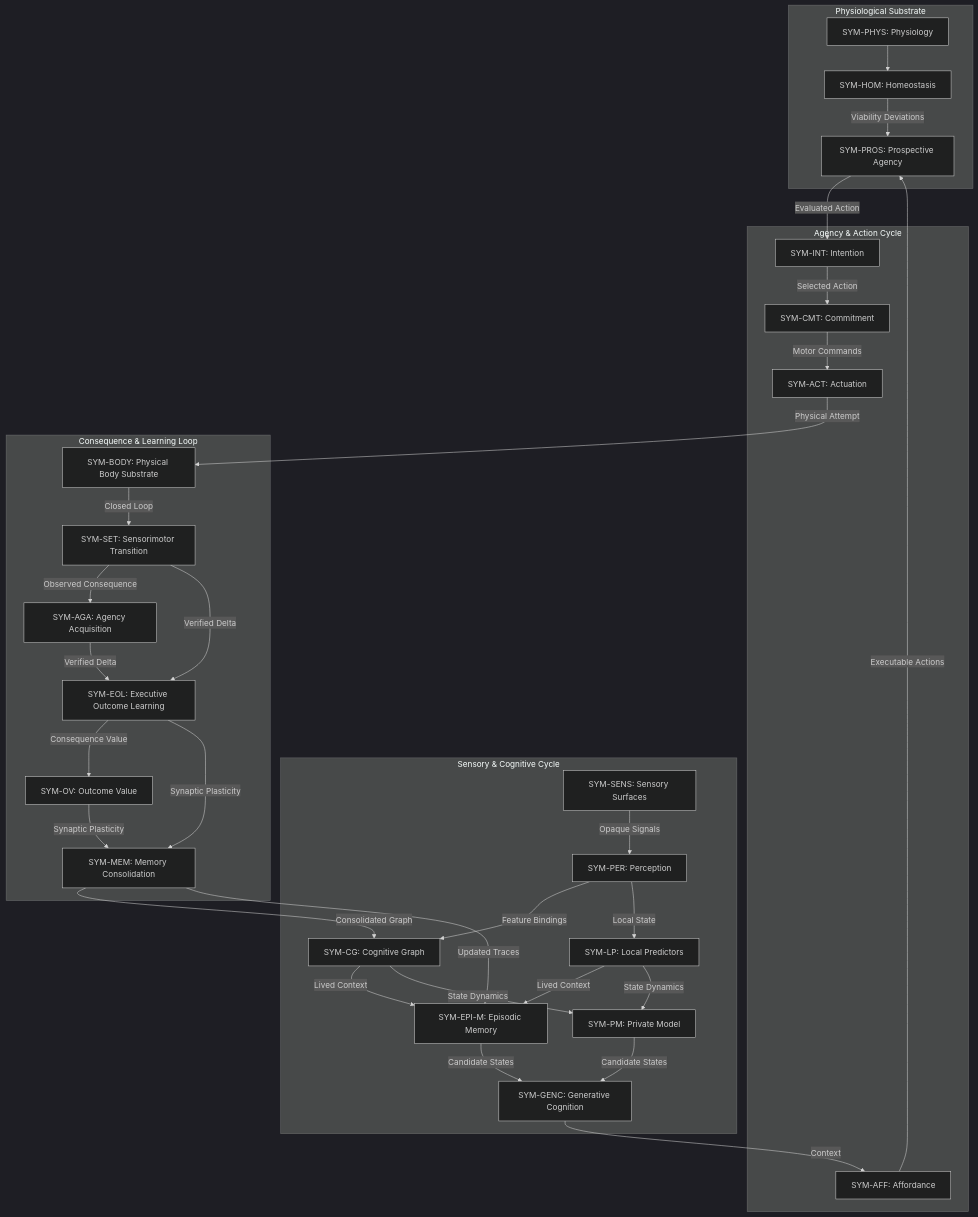
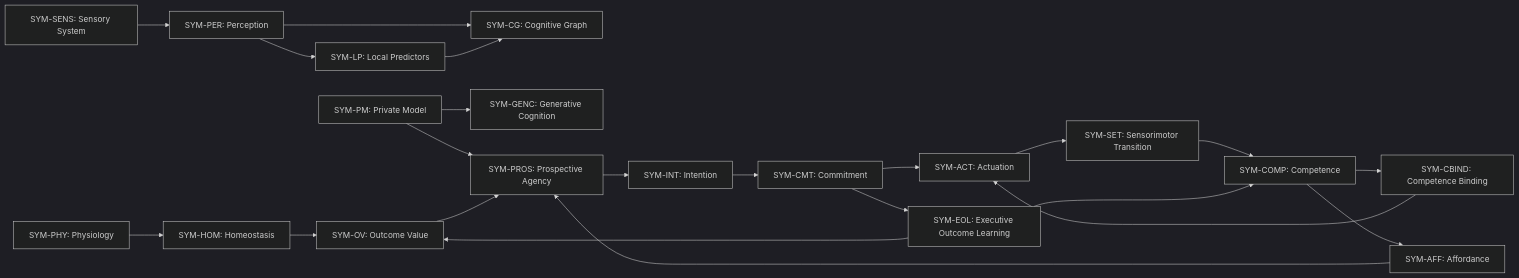
The diagram in symbiont/docs/executive/overview.md (biopeia/observation), drawn with Mermaid (dark theme) before and after one commit. The commit also changed other lines of this file and 4 other files, not shown here.

First line of the commit message:
docs: recover P8.1-A integrity and Mermaid publication

````diff
--- a/symbiont/docs/executive/overview.md
+++ b/symbiont/docs/executive/overview.md
@@ -41,35 +41,28 @@
 ```mermaid
-flowchart TD
-    subgraph Regulatory ["Physiological Substrate"]
-        PHYS["SYM-PHYS: Physiology"] --> HOM["SYM-HOM: Homeostasis"]
-        HOM -->|"Viability Deviations"| PROS
-    end
+flowchart LR
+    PHY["SYM-PHY: Physiology"] --> HOM["SYM-HOM: Homeostasis"]
+    HOM --> OV["SYM-OV: Outcome Value"]
 
-    subgraph SensoryCognitive ["Sensory & Cognitive Cycle"]
-        SENS["SYM-SENS: Sensory Surfaces"] -->|"Opaque Signals"| PER["SYM-PER: Perception"]
-        PER -->|"Feature Bindings"| CG["SYM-CG: Cognitive Graph"]
-        PER -->|"Local State"| LP["SYM-LP: Local Predictors"]
-        CG & LP -->|"Lived Context"| EPIM["SYM-EPI-M: Episodic Memory"]
-        CG & LP -->|"State Dynamics"| PM["SYM-PM: Private Model"]
-        EPIM & PM -->|"Candidate States"| GENC["SYM-GENC: Generative Cognition"]
-    end
+    SENS["SYM-SENS: Sensory System"] --> PER["SYM-PER: Perception"]
+    PER --> CG["SYM-CG: Cognitive Graph"]
+    PER --> LP["SYM-LP: Local Predictors"]
+    LP --> CG
 
-    subgraph AgencyAction ["Agency & Action Cycle"]
-        GENC -->|"Context"| AFF["SYM-AFF: Affordance"]
-        AFF -->|"Executable Actions"| PROS["SYM-PROS: Prospective Agency"]
-        PROS -->|"Evaluated Action"| INT["SYM-INT: Intention"]
-        INT -->|"Selected Action"| CMT["SYM-CMT: Commitment"]
-        CMT -->|"Motor Commands"| ACT["SYM-ACT: Actuation"]
-    end
+    PM["SYM-PM: Private Model"] --> GENC["SYM-GENC: Generative Cognition"]
+    PM --> PROS["SYM-PROS: Prospective Agency"]
 
-    subgraph OutcomeLearning ["Consequence & Learning Loop"]
-        ACT -->|"Physical Attempt"| BODY["SYM-BODY: Physical Body Substrate"]
-        BODY -->|"Closed Loop"| SET["SYM-SET: Sensorimotor Transition"]
-        SET -->|"Observed Consequence"| AGA["SYM-AGA: Agency Acquisition"]
-        SET & AGA -->|"Verified Delta"| EOL["SYM-EOL: Executive Outcome Learning"]
-        EOL -->|"Consequence Value"| OV["SYM-OV: Outcome Value"]
-        OV & EOL -->|"Synaptic Plasticity"| MEM["SYM-MEM: Memory Consolidation"]
-        MEM -->|"Consolidated Graph"| CG
-        MEM -->|"Updated Traces"| EPIM
-    end
+    COMP["SYM-COMP: Competence"] --> AFF["SYM-AFF: Affordance"]
+    COMP --> CBIND["SYM-CBIND: Competence Binding"]
+    AFF --> PROS
+    OV --> PROS
+    PROS --> INT["SYM-INT: Intention"]
+    INT --> CMT["SYM-CMT: Commitment"]
+    CMT --> ACT["SYM-ACT: Actuation"]
+    CBIND --> ACT
+
+    ACT --> SET["SYM-SET: Sensorimotor Transition"]
+    SET --> COMP
+    CMT --> EOL["SYM-EOL: Executive Outcome Learning"]
+    EOL --> OV
+    EOL --> COMP
 ```
````
